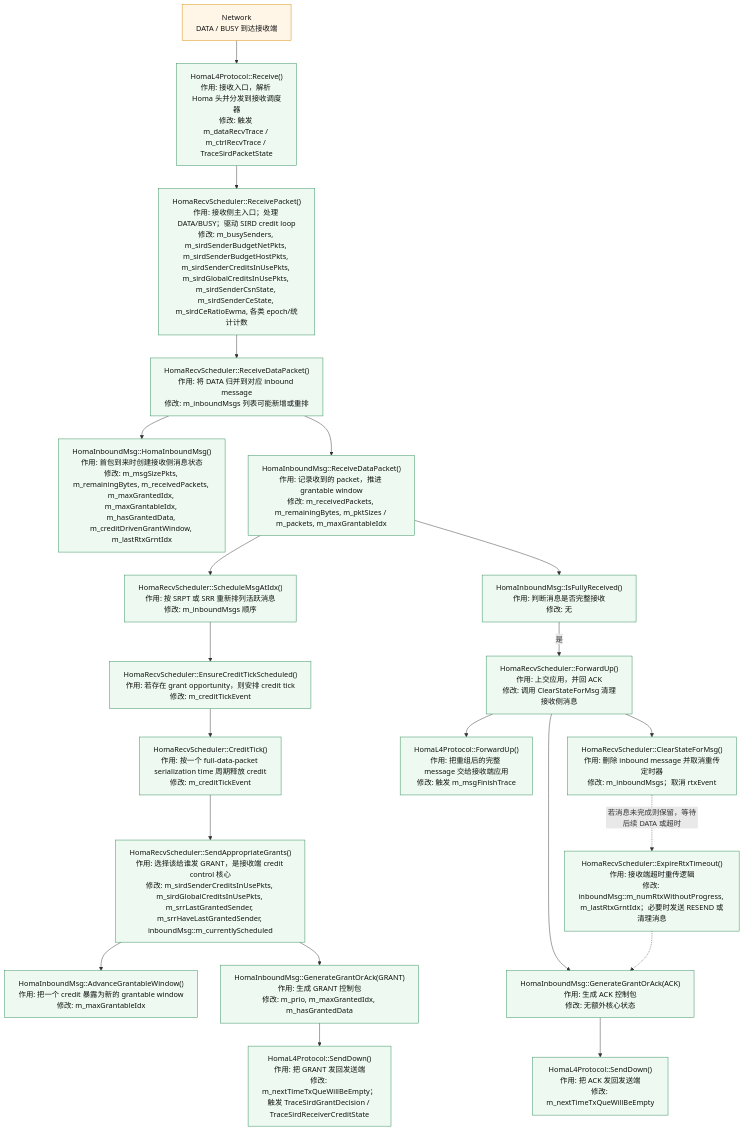
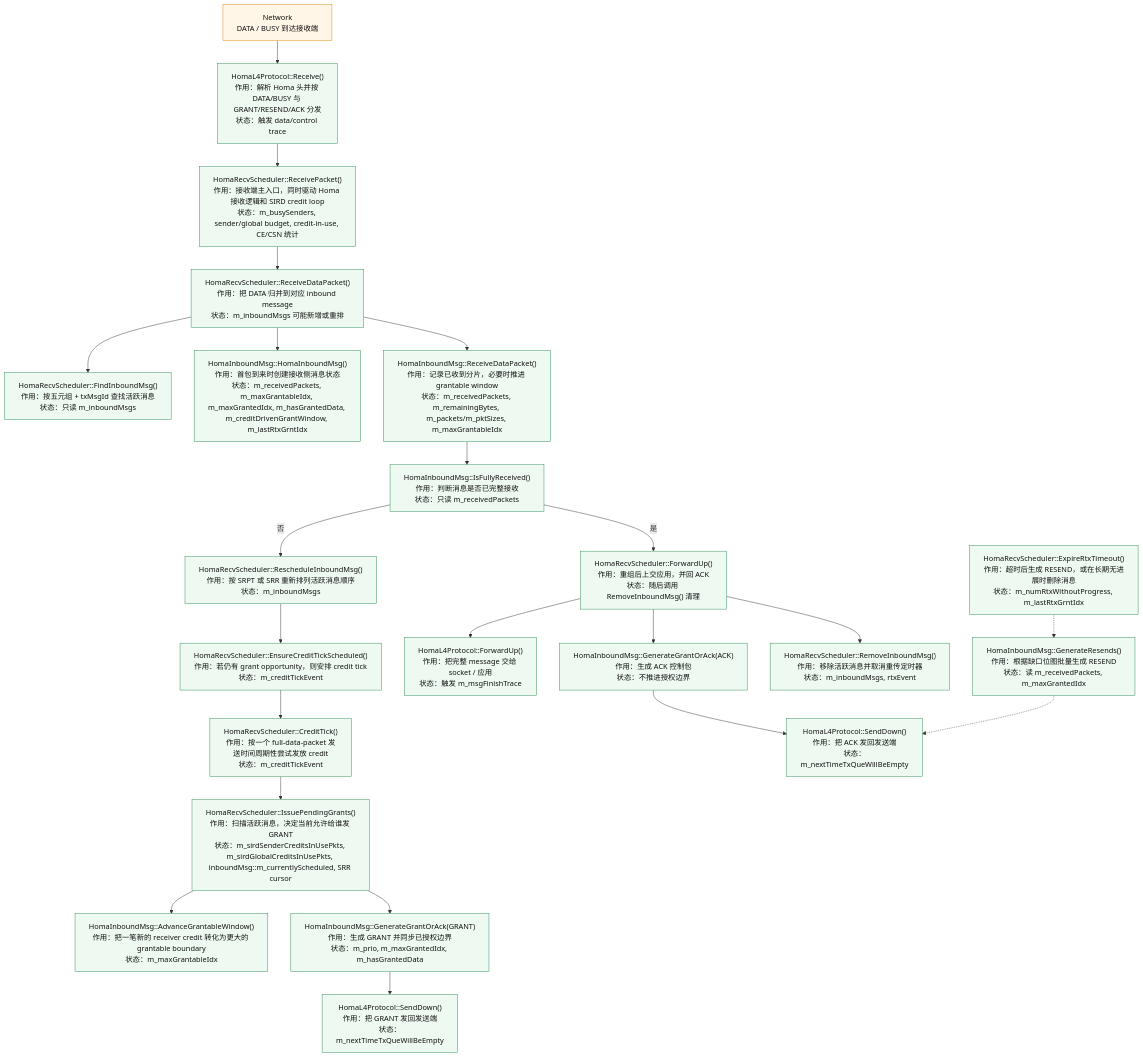
Before and after one commit to chendaichun/HomaL4Protocol-ns-3: the second of 2 diagrams in docs/homa_send_recv_call_graph_zh.md, drawn with Mermaid. The commit also changed other lines of this file and 57 other files, not shown here.

Commit message:
Refactor Homa protocol and add sim1 RPC experiments

````diff
--- a/docs/homa_send_recv_call_graph_zh.md
+++ b/docs/homa_send_recv_call_graph_zh.md
@@ -59,30 +70,32 @@
 ```mermaid
 flowchart TD
-    A["Network<br/>DATA / BUSY 到达接收端"] --> B["HomaL4Protocol::Receive()<br/>作用: 接收入口，解析 Homa 头并分发到接收调度器<br/>修改: 触发 m_dataRecvTrace / m_ctrlRecvTrace / TraceSirdPacketState"]
-    B --> C["HomaRecvScheduler::ReceivePacket()<br/>作用: 接收侧主入口；处理 DATA/BUSY；驱动 SIRD credit loop<br/>修改: m_busySenders, m_sirdSenderBudgetNetPkts, m_sirdSenderBudgetHostPkts, m_sirdSenderCreditsInUsePkts, m_sirdGlobalCreditsInUsePkts, m_sirdSenderCsnState, m_sirdSenderCeState, m_sirdCeRatioEwma, 各类 epoch/统计计数"]
-    C --> D["HomaRecvScheduler::ReceiveDataPacket()<br/>作用: 将 DATA 归并到对应 inbound message<br/>修改: m_inboundMsgs 列表可能新增或重排"]
-    D --> E["HomaInboundMsg::HomaInboundMsg()<br/>作用: 首包到来时创建接收侧消息状态<br/>修改: m_msgSizePkts, m_remainingBytes, m_receivedPackets, m_maxGrantedIdx, m_maxGrantableIdx, m_hasGrantedData, m_creditDrivenGrantWindow, m_lastRtxGrntIdx"]
-    D --> F["HomaInboundMsg::ReceiveDataPacket()<br/>作用: 记录收到的 packet，推进 grantable window<br/>修改: m_receivedPackets, m_remainingBytes, m_pktSizes / m_packets, m_maxGrantableIdx"]
-    F --> G["HomaRecvScheduler::ScheduleMsgAtIdx()<br/>作用: 按 SRPT 或 SRR 重新排列活跃消息<br/>修改: m_inboundMsgs 顺序"]
-    G --> H["HomaRecvScheduler::EnsureCreditTickScheduled()<br/>作用: 若存在 grant opportunity，则安排 credit tick<br/>修改: m_creditTickEvent"]
-    H --> I["HomaRecvScheduler::CreditTick()<br/>作用: 按一个 full-data-packet serialization time 周期释放 credit<br/>修改: m_creditTickEvent"]
-    I --> J["HomaRecvScheduler::SendAppropriateGrants()<br/>作用: 选择该给谁发 GRANT，是接收端 credit control 核心<br/>修改: m_sirdSenderCreditsInUsePkts, m_sirdGlobalCreditsInUsePkts, m_srrLastGrantedSender, m_srrHaveLastGrantedSender, inboundMsg::m_currentlyScheduled"]
-    J --> K["HomaInboundMsg::AdvanceGrantableWindow()<br/>作用: 把一个 credit 暴露为新的 grantable window<br/>修改: m_maxGrantableIdx"]
-    J --> L["HomaInboundMsg::GenerateGrantOrAck(GRANT)<br/>作用: 生成 GRANT 控制包<br/>修改: m_prio, m_maxGrantedIdx, m_hasGrantedData"]
-    L --> M["HomaL4Protocol::SendDown()<br/>作用: 把 GRANT 发回发送端<br/>修改: m_nextTimeTxQueWillBeEmpty；触发 TraceSirdGrantDecision / TraceSirdReceiverCreditState"]
+    A["Network<br/>DATA / BUSY 到达接收端"] --> B["HomaL4Protocol::Receive()<br/>作用：解析 Homa 头并按 DATA/BUSY 与 GRANT/RESEND/ACK 分发<br/>状态：触发 data/control trace"]
+    B --> C["HomaRecvScheduler::ReceivePacket()<br/>作用：接收端主入口，同时驱动 Homa 接收逻辑和 SIRD credit loop<br/>状态：m_busySenders, sender/global budget, credit-in-use, CE/CSN 统计"]
 
-    F --> N["HomaInboundMsg::IsFullyReceived()<br/>作用: 判断消息是否完整接收<br/>修改: 无"]
-    N -->|是| O["HomaRecvScheduler::ForwardUp()<br/>作用: 上交应用，并回 ACK<br/>修改: 调用 ClearStateForMsg 清理接收侧消息"]
-    O --> P["HomaL4Protocol::ForwardUp()<br/>作用: 把重组后的完整 message 交给接收端应用<br/>修改: 触发 m_msgFinishTrace"]
-    O --> Q["HomaInboundMsg::GenerateGrantOrAck(ACK)<br/>作用: 生成 ACK 控制包<br/>修改: 无额外核心状态"]
-    Q --> R["HomaL4Protocol::SendDown()<br/>作用: 把 ACK 发回发送端<br/>修改: m_nextTimeTxQueWillBeEmpty"]
-    O --> S["HomaRecvScheduler::ClearStateForMsg()<br/>作用: 删除 inbound message 并取消重传定时器<br/>修改: m_inboundMsgs；取消 rtxEvent"]
+    C --> D["HomaRecvScheduler::ReceiveDataPacket()<br/>作用：把 DATA 归并到对应 inbound message<br/>状态：m_inboundMsgs 可能新增或重排"]
+    D --> E["HomaRecvScheduler::FindInboundMsg()<br/>作用：按五元组 + txMsgId 查找活跃消息<br/>状态：只读 m_inboundMsgs"]
+    D --> F["HomaInboundMsg::HomaInboundMsg()<br/>作用：首包到来时创建接收侧消息状态<br/>状态：m_receivedPackets, m_maxGrantableIdx, m_maxGrantedIdx, m_hasGrantedData, m_creditDrivenGrantWindow, m_lastRtxGrntIdx"]
+    D --> G["HomaInboundMsg::ReceiveDataPacket()<br/>作用：记录已收到分片，必要时推进 grantable window<br/>状态：m_receivedPackets, m_remainingBytes, m_packets/m_pktSizes, m_maxGrantableIdx"]
+    G --> H["HomaInboundMsg::IsFullyReceived()<br/>作用：判断消息是否已完整接收<br/>状态：只读 m_receivedPackets"]
+    H -->|否| I["HomaRecvScheduler::RescheduleInboundMsg()<br/>作用：按 SRPT 或 SRR 重新排列活跃消息顺序<br/>状态：m_inboundMsgs"]
+    I --> J["HomaRecvScheduler::EnsureCreditTickScheduled()<br/>作用：若仍有 grant opportunity，则安排 credit tick<br/>状态：m_creditTickEvent"]
+    J --> K["HomaRecvScheduler::CreditTick()<br/>作用：按一个 full-data-packet 发送时间周期性尝试发放 credit<br/>状态：m_creditTickEvent"]
+    K --> L["HomaRecvScheduler::IssuePendingGrants()<br/>作用：扫描活跃消息，决定当前允许给谁发 GRANT<br/>状态：m_sirdSenderCreditsInUsePkts, m_sirdGlobalCreditsInUsePkts, inboundMsg::m_currentlyScheduled, SRR cursor"]
+    L --> M["HomaInboundMsg::AdvanceGrantableWindow()<br/>作用：把一笔新的 receiver credit 转化为更大的 grantable boundary<br/>状态：m_maxGrantableIdx"]
+    L --> N["HomaInboundMsg::GenerateGrantOrAck(GRANT)<br/>作用：生成 GRANT 并同步已授权边界<br/>状态：m_prio, m_maxGrantedIdx, m_hasGrantedData"]
+    N --> O["HomaL4Protocol::SendDown()<br/>作用：把 GRANT 发回发送端<br/>状态：m_nextTimeTxQueWillBeEmpty"]
 
-    T["HomaRecvScheduler::ExpireRtxTimeout()<br/>作用: 接收端超时重传逻辑<br/>修改: inboundMsg::m_numRtxWithoutProgress, m_lastRtxGrntIdx；必要时发送 RESEND 或清理消息"] -.-> Q
-    S -. "若消息未完成则保留，等待后续 DATA 或超时" .-> T
+    H -->|是| P["HomaRecvScheduler::ForwardUp()<br/>作用：重组后上交应用，并回 ACK<br/>状态：随后调用 RemoveInboundMsg() 清理"]
+    P --> Q["HomaL4Protocol::ForwardUp()<br/>作用：把完整 message 交给 socket / 应用<br/>状态：触发 m_msgFinishTrace"]
+    P --> R["HomaInboundMsg::GenerateGrantOrAck(ACK)<br/>作用：生成 ACK 控制包<br/>状态：不推进授权边界"]
+    R --> S["HomaL4Protocol::SendDown()<br/>作用：把 ACK 发回发送端<br/>状态：m_nextTimeTxQueWillBeEmpty"]
+    P --> T["HomaRecvScheduler::RemoveInboundMsg()<br/>作用：移除活跃消息并取消重传定时器<br/>状态：m_inboundMsgs, rtxEvent"]
+
+    U["HomaRecvScheduler::ExpireRtxTimeout()<br/>作用：超时后生成 RESEND，或在长期无进展时删除消息<br/>状态：m_numRtxWithoutProgress, m_lastRtxGrntIdx"] -.-> V["HomaInboundMsg::GenerateResends()<br/>作用：根据缺口位图批量生成 RESEND<br/>状态：读 m_receivedPackets, m_maxGrantedIdx"]
+    V -.-> S
 
     classDef receiver fill:#eefaf1,stroke:#2d8a57,stroke-width:1px,color:#111;
     classDef network fill:#fff6e8,stroke:#d88900,stroke-width:1px,color:#111;
     class A network;
-    class B,C,D,E,F,G,H,I,J,K,L,M,N,O,P,Q,R,S,T receiver;
+    class B,C,D,E,F,G,H,I,J,K,L,M,N,O,P,Q,R,S,T,U,V receiver;
 ```
````
